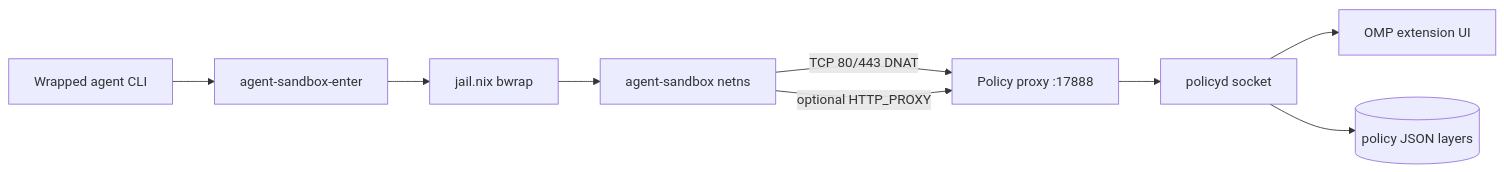
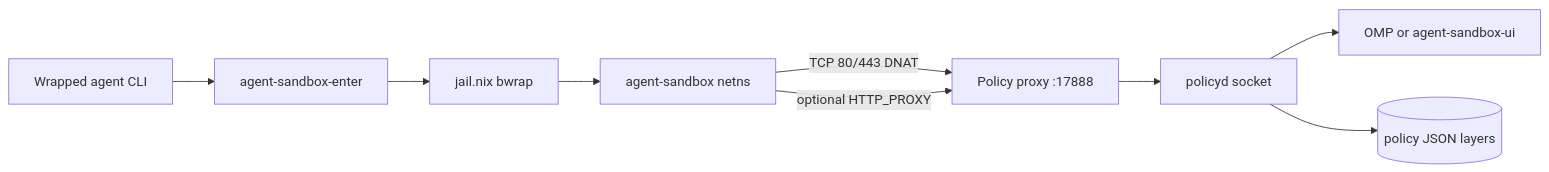
The diagram in nix/modules/nixos/agent-sandbox/README.md (tdortman/dotfiles), drawn with Mermaid before and after one commit. The commit also changed other lines of this file, not shown here.

First line of the commit message:
docs(agent-sandbox): document blocking approval and agent-sandbox-ui

````diff
--- a/nix/modules/nixos/agent-sandbox/README.md
+++ b/nix/modules/nixos/agent-sandbox/README.md
@@ -39,11 +39,11 @@
 ```mermaid
 flowchart LR
   agent[Wrapped agent CLI] --> enter[agent-sandbox-enter]
   enter --> jail[jail.nix bwrap]
   jail --> netns[agent-sandbox netns]
   netns -->|TCP 80/443 DNAT| proxy[Policy proxy :17888]
   netns -->|optional HTTP_PROXY| proxy
   proxy --> policyd[policyd socket]
-  policyd --> omp[OMP extension UI]
+  policyd --> ui[OMP or agent-sandbox-ui]
   policyd --> files[(policy JSON layers)]
 ```
````
